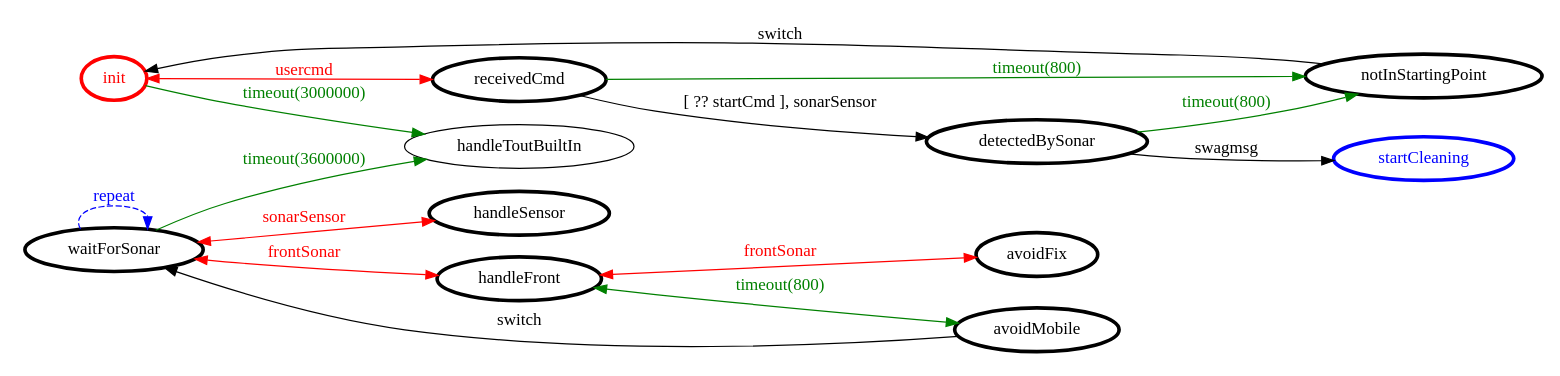
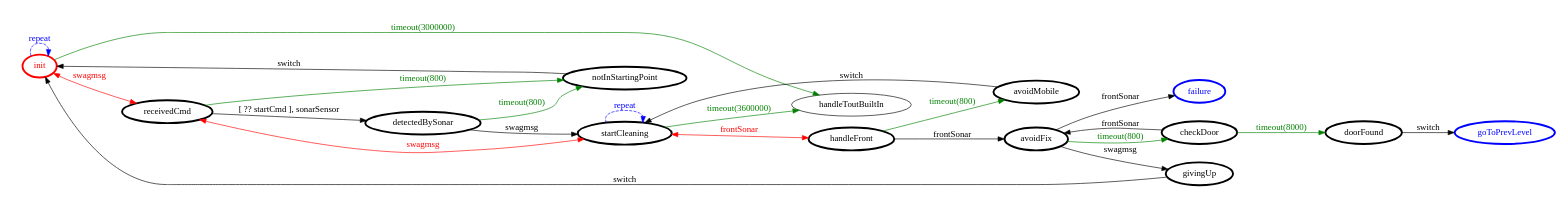
Before and after one commit to FFrabetti/ProgettoISS_relazione: the diagram in it.unibo.finalTask2018/srcMore/it/unibo/swag2pa/swag2pa.gv, drawn with Graphviz. The commit also changed 17 other files, not shown here.

```diff
--- a/it.unibo.finalTask2018/srcMore/it/unibo/swag2pa/swag2pa.gv
+++ b/it.unibo.finalTask2018/srcMore/it/unibo/swag2pa/swag2pa.gv
@@ -1,37 +1,48 @@
 /*
 *
 * A GraphViz DOT FSM description 
 * Please use a GraphViz visualizer (like http://www.webgraphviz.com)
 *  
 */
 
 digraph finite_state_machine {
 	rankdir=LR
 	size="8,5"
 	
 	init [ color = red ][ fontcolor = red ][ penwidth = 3 ]
 	avoidFix [ color = black ][ fontcolor = black ][ penwidth = 3 ]
 	notInStartingPoint [ color = black ][ fontcolor = black ][ penwidth = 3 ]
-	handleSensor [ color = black ][ fontcolor = black ][ penwidth = 3 ]
 	handleFront [ color = black ][ fontcolor = black ][ penwidth = 3 ]
+	startCleaning [ color = black ][ fontcolor = black ][ penwidth = 3 ]
+	givingUp [ color = black ][ fontcolor = black ][ penwidth = 3 ]
+	checkDoor [ color = black ][ fontcolor = black ][ penwidth = 3 ]
+	doorFound [ color = black ][ fontcolor = black ][ penwidth = 3 ]
 	detectedBySonar [ color = black ][ fontcolor = black ][ penwidth = 3 ]
-	waitForSonar [ color = black ][ fontcolor = black ][ penwidth = 3 ]
 	receivedCmd [ color = black ][ fontcolor = black ][ penwidth = 3 ]
 	avoidMobile [ color = black ][ fontcolor = black ][ penwidth = 3 ]
-	startCleaning [ color = blue ][ fontcolor = blue ][ penwidth = 3 ]
+	failure [ color = blue ][ fontcolor = blue ][ penwidth = 3 ]
+	goToPrevLevel [ color = blue ][ fontcolor = blue ][ penwidth = 3 ]
 	
+	startCleaning -> handleFront [ label = "frontSonar" ][ color = red ][ fontcolor = red ][ dir = both ]
+	startCleaning -> receivedCmd [ label = "swagmsg" ][ color = red ][ fontcolor = red ][ dir = both ]
 	notInStartingPoint -> init [ label = "switch" ][ color = black ][ fontcolor = black ]
-	avoidMobile -> waitForSonar [ label = "switch" ][ color = black ][ fontcolor = black ]
-	handleFront -> avoidFix [ label = "frontSonar" ][ color = red ][ fontcolor = red ][ dir = both ]
+	handleFront -> avoidFix [ label = "frontSonar" ][ color = black ][ fontcolor = black ]
+	checkDoor -> avoidFix [ label = "frontSonar" ][ color = black ][ fontcolor = black ]
 	receivedCmd -> detectedBySonar [ label = "[ ?? startCmd ], sonarSensor" ][ color = black ][ fontcolor = black ]
-	waitForSonar -> handleSensor [ label = "sonarSensor" ][ color = red ][ fontcolor = red ][ dir = both ]
-	init -> receivedCmd [ label = "usercmd" ][ color = red ][ fontcolor = red ][ dir = both ]
-	waitForSonar -> waitForSonar [ label = "repeat "][ style = dashed ][ color = blue ][ fontcolor = blue ]
-	waitForSonar -> handleToutBuiltIn [ label = "timeout(3600000)" ][ color = green ][ fontcolor = green ]
+	avoidFix -> failure [ label = "frontSonar" ][ color = black ][ fontcolor = black ]
+	avoidFix -> checkDoor [ label = "timeout(800)" ][ color = green ][ fontcolor = green ]
+	avoidMobile -> startCleaning [ label = "switch" ][ color = black ][ fontcolor = black ]
 	detectedBySonar -> notInStartingPoint [ label = "timeout(800)" ][ color = green ][ fontcolor = green ]
-	waitForSonar -> handleFront [ label = "frontSonar" ][ color = red ][ fontcolor = red ][ dir = both ]
+	init -> init [ label = "repeat "][ style = dashed ][ color = blue ][ fontcolor = blue ]
+	givingUp -> init [ label = "switch" ][ color = black ][ fontcolor = black ]
+	checkDoor -> doorFound [ label = "timeout(8000)" ][ color = green ][ fontcolor = green ]
+	startCleaning -> handleToutBuiltIn [ label = "timeout(3600000)" ][ color = green ][ fontcolor = green ]
+	doorFound -> goToPrevLevel [ label = "switch" ][ color = black ][ fontcolor = black ]
+	init -> receivedCmd [ label = "swagmsg" ][ color = red ][ fontcolor = red ][ dir = both ]
 	init -> handleToutBuiltIn [ label = "timeout(3000000)" ][ color = green ][ fontcolor = green ]
-	handleFront -> avoidMobile [ label = "timeout(800)" ][ color = green ][ fontcolor = green ][ dir = both ]
+	startCleaning -> startCleaning [ label = "repeat "][ style = dashed ][ color = blue ][ fontcolor = blue ]
+	avoidFix -> givingUp [ label = "swagmsg" ][ color = black ][ fontcolor = black ]
 	receivedCmd -> notInStartingPoint [ label = "timeout(800)" ][ color = green ][ fontcolor = green ]
 	detectedBySonar -> startCleaning [ label = "swagmsg" ][ color = black ][ fontcolor = black ]
+	handleFront -> avoidMobile [ label = "timeout(800)" ][ color = green ][ fontcolor = green ]
 }
```
